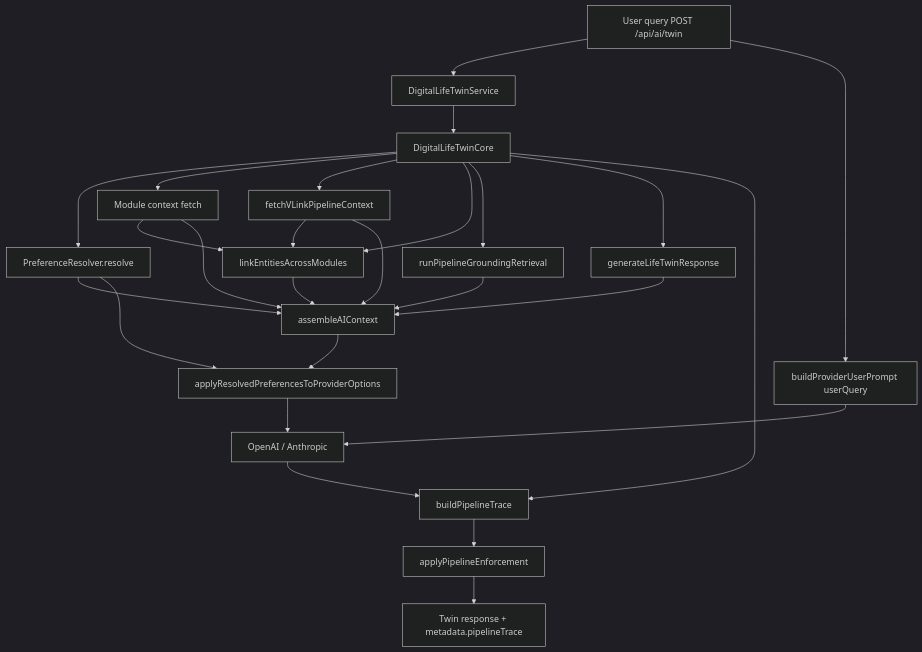
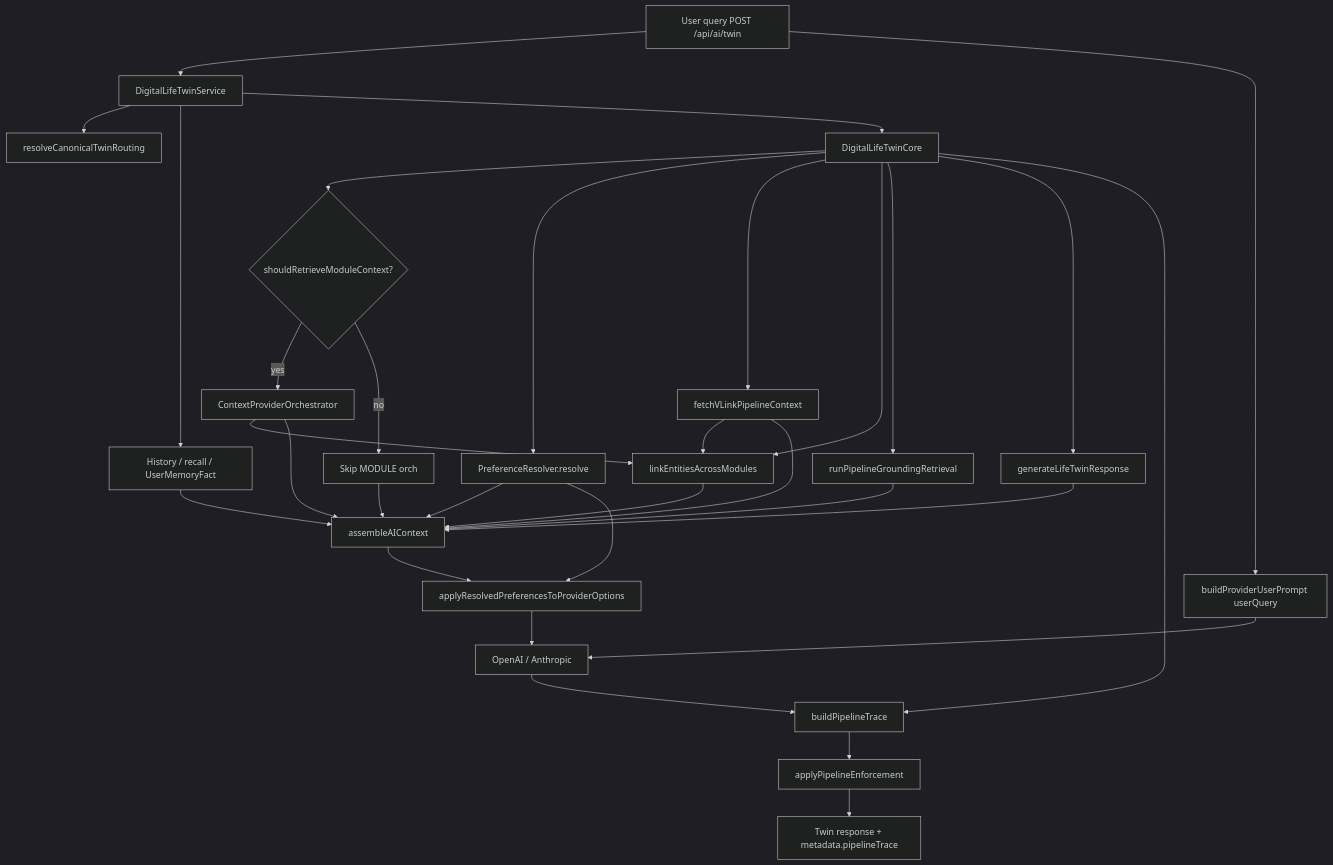
The first of 2 diagrams in docs/architecture/AI_TWIN_PROMPT_PIPELINE.md (ADTrauts/Vssyl), drawn with Mermaid (dark theme) before and after one commit. The commit also changed other lines of this file and 13 other files, not shown here.

First line of the commit message:
docs(ai): reconcile digital life twin architecture

````diff
--- a/docs/architecture/AI_TWIN_PROMPT_PIPELINE.md
+++ b/docs/architecture/AI_TWIN_PROMPT_PIPELINE.md
@@ -25,32 +31,38 @@
 ```mermaid
 flowchart TB
   Query["User query POST /api/ai/twin"] --> Svc["DigitalLifeTwinService"]
+  Svc --> Route["resolveCanonicalTwinRouting"]
+  Svc --> Mem["History / recall / UserMemoryFact"]
   Svc --> Core["DigitalLifeTwinCore"]
 
+  Core --> C3{shouldRetrieveModuleContext?}
+  C3 -->|yes| ModCtx["ContextProviderOrchestrator"]
+  C3 -->|no| Skip["Skip MODULE orch"]
   Core --> Prefs["PreferenceResolver.resolve"]
-  Core --> ModCtx["Module context fetch"]
   Core --> VLink["fetchVLinkPipelineContext"]
   Core --> Link["linkEntitiesAcrossModules"]
   ModCtx --> Link
   VLink --> Link
   Core --> Ground["runPipelineGroundingRetrieval"]
 
   Core --> Gen["generateLifeTwinResponse"]
   Link --> Asm["assembleAIContext"]
   Ground --> Asm
   Prefs --> Asm
+  Mem --> Asm
   ModCtx --> Asm
+  Skip --> Asm
   VLink --> Asm
 
   Gen --> Asm
   Asm --> PrefsApply["applyResolvedPreferencesToProviderOptions"]
   Prefs --> PrefsApply
   Query --> UserPrompt["buildProviderUserPrompt userQuery"]
   PrefsApply --> Providers["OpenAI / Anthropic"]
   UserPrompt --> Providers
 
   Core --> Trace["buildPipelineTrace"]
   Providers --> Trace
   Trace --> Enforce["applyPipelineEnforcement"]
   Enforce --> Response["Twin response + metadata.pipelineTrace"]
 ```
````
